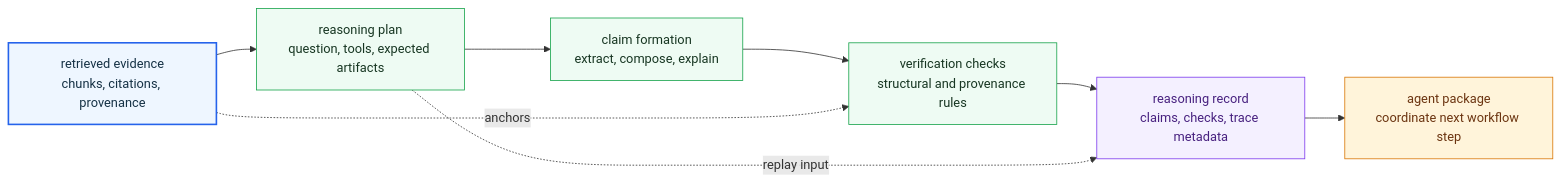
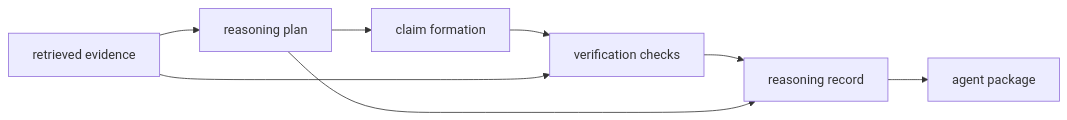
One commit to bijux/bijux-canon changed the diagram in docs/04-bijux-canon-reason/index.md. Above: the diagram before and after it, drawn with Mermaid. The commit also changed other lines of this file, not shown here.

Commit message:
docs(reason): simplify reasoning handbook map

````diff
--- a/docs/04-bijux-canon-reason/index.md
+++ b/docs/04-bijux-canon-reason/index.md
@@ -23,22 +23,13 @@
 ```mermaid
 flowchart LR
-    evidence["retrieved evidence<br/>chunks, citations, provenance"]
-    plan["reasoning plan<br/>question, tools, expected artifacts"]
-    claim["claim formation<br/>extract, compose, explain"]
-    checks["verification checks<br/>structural and provenance rules"]
-    record["reasoning record<br/>claims, checks, trace metadata"]
-    agent["agent package<br/>coordinate next workflow step"]
+    evidence["retrieved evidence"]
+    plan["reasoning plan"]
+    claim["claim formation"]
+    checks["verification checks"]
+    record["reasoning record"]
+    agent["agent package"]
 
     evidence --> plan --> claim --> checks --> record --> agent
-    evidence -. anchors .-> checks
-    plan -. replay input .-> record
-
-    classDef page fill:#eef6ff,stroke:#2563eb,color:#153145,stroke-width:2px;
-    classDef positive fill:#eefbf3,stroke:#16a34a,color:#173622;
-    classDef anchor fill:#f4f0ff,stroke:#7c3aed,color:#47207f;
-    classDef action fill:#fff4da,stroke:#d97706,color:#6b3410;
-    class evidence page;
-    class plan,claim,checks positive;
-    class record anchor;
-    class agent action;
+    evidence --> checks
+    plan --> record
 ```
````
